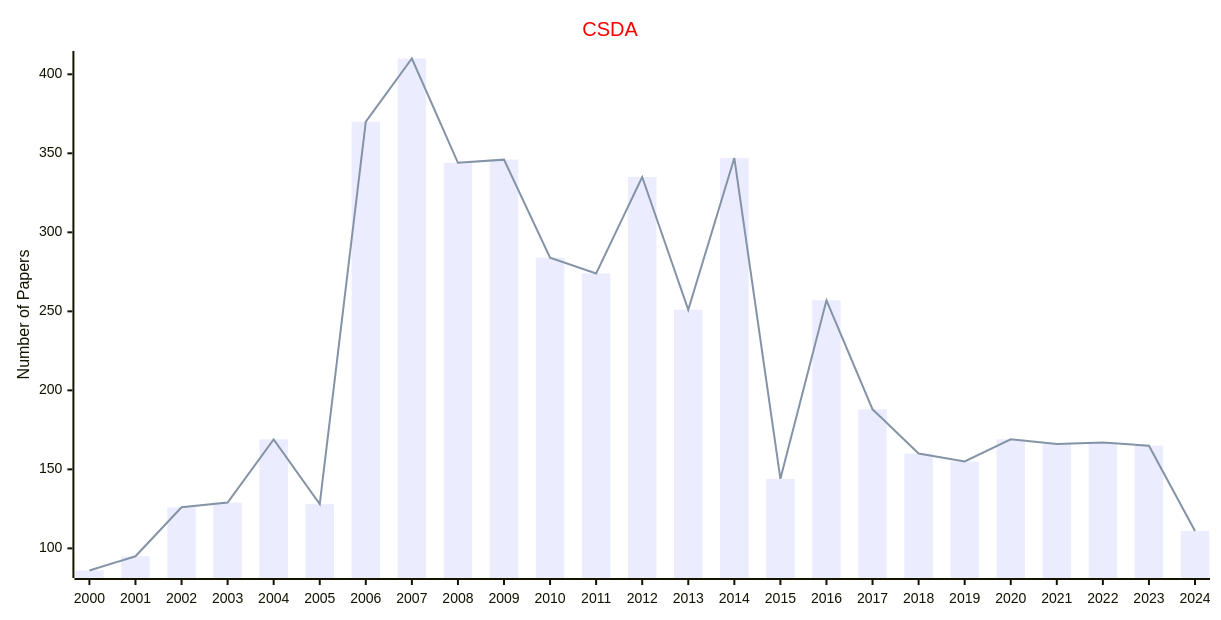
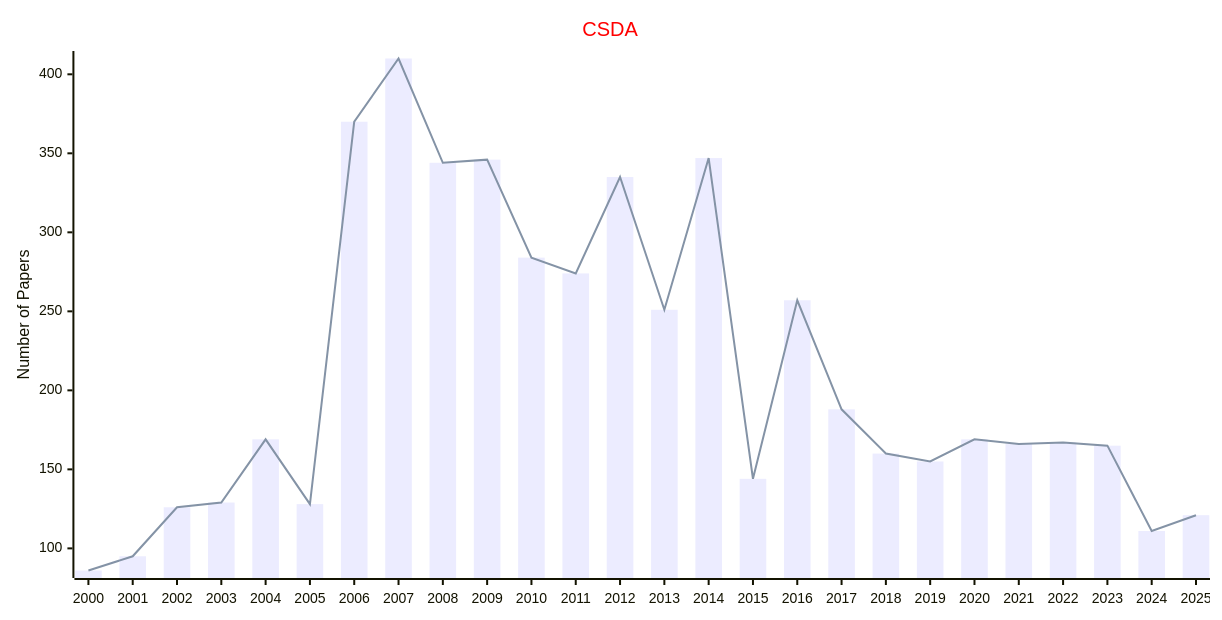
Before and after one commit to Easy-PhD/AILinks: the first of 2 diagrams in docs/data/Journals/Statistics_Journals/Data_Analysis.md, drawn with Mermaid. The commit also changed 107 other files, not shown here.

````diff
--- a/docs/data/Journals/Statistics_Journals/Data_Analysis.md
+++ b/docs/data/Journals/Statistics_Journals/Data_Analysis.md
@@ -9,17 +9,17 @@
 ```mermaid
 ---
 config:
     xyChart:
         width: 1200
         height: 600
     themeVariables:
         xyChart:
             titleColor: "#ff0000"
 ---
 xychart-beta
     title "CSDA"
-    x-axis [2000, 2001, 2002, 2003, 2004, 2005, 2006, 2007, 2008, 2009, 2010, 2011, 2012, 2013, 2014, 2015, 2016, 2017, 2018, 2019, 2020, 2021, 2022, 2023, 2024]
+    x-axis [2000, 2001, 2002, 2003, 2004, 2005, 2006, 2007, 2008, 2009, 2010, 2011, 2012, 2013, 2014, 2015, 2016, 2017, 2018, 2019, 2020, 2021, 2022, 2023, 2024, 2025]
     y-axis "Number of Papers"
-    bar [86, 95, 126, 129, 169, 128, 370, 410, 344, 346, 284, 274, 335, 251, 347, 144, 257, 188, 160, 155, 169, 166, 167, 165, 111]
-    line [86, 95, 126, 129, 169, 128, 370, 410, 344, 346, 284, 274, 335, 251, 347, 144, 257, 188, 160, 155, 169, 166, 167, 165, 111]
+    bar [86, 95, 126, 129, 169, 128, 370, 410, 344, 346, 284, 274, 335, 251, 347, 144, 257, 188, 160, 155, 169, 166, 167, 165, 111, 121]
+    line [86, 95, 126, 129, 169, 128, 370, 410, 344, 346, 284, 274, 335, 251, 347, 144, 257, 188, 160, 155, 169, 166, 167, 165, 111, 121]
 ```
````
